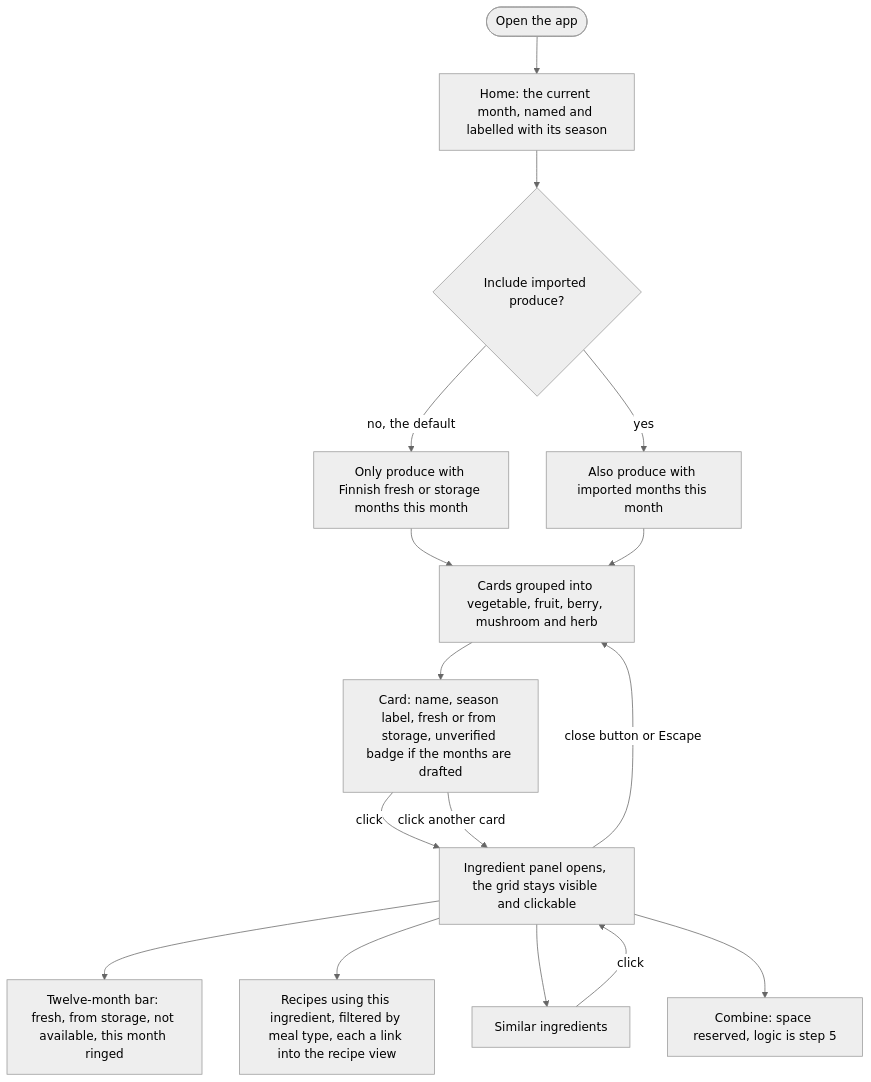
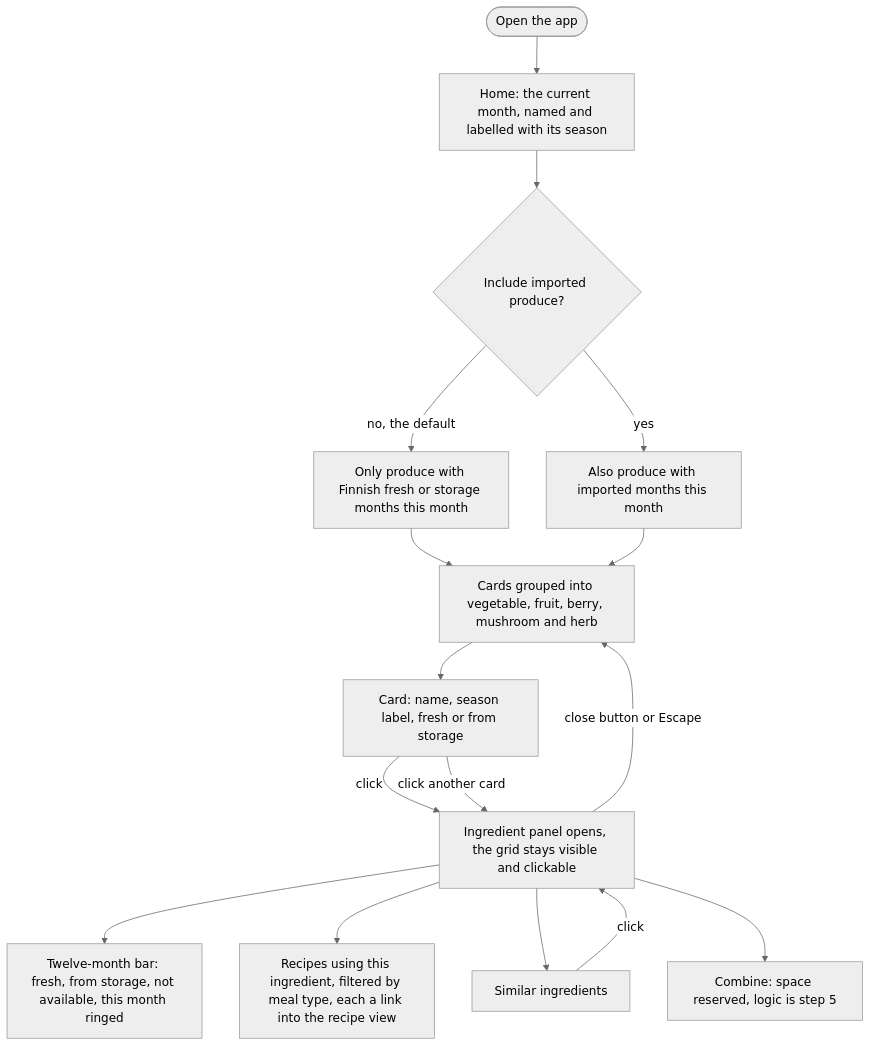
Before and after one commit to tiakangaspunta/eat-seasonal-app: the second of 6 diagrams in docs/FLOWS.md, drawn with Mermaid (neutral theme). The commit also changed 136 other files, not shown here.

````diff
--- a/docs/FLOWS.md
+++ b/docs/FLOWS.md
@@ -34,20 +34,20 @@
 ```mermaid
 flowchart TD
     open([Open the app]) --> home["Home: the current month, named and labelled with its season"]
     home --> filter{"Include imported produce?"}
     filter -->|"no, the default"| domestic["Only produce with Finnish fresh or storage months this month"]
     filter -->|"yes"| both["Also produce with imported months this month"]
     domestic --> grid["Cards grouped into vegetable, fruit, berry, mushroom and herb"]
     both --> grid
-    grid --> card["Card: name, season label, fresh or from storage, unverified badge if the months are drafted"]
+    grid --> card["Card: name, season label, fresh or from storage"]
     card -->|"click"| panel["Ingredient panel opens, the grid stays visible and clickable"]
 
     panel --> months["Twelve-month bar: fresh, from storage, not available, this month ringed"]
     panel --> recipes["Recipes using this ingredient, filtered by meal type, each a link into the recipe view"]
     panel --> similar["Similar ingredients"]
     panel --> combine["Combine: space reserved, logic is step 5"]
 
     similar -->|"click"| panel
     card -->|"click another card"| panel
     panel -->|"close button or Escape"| grid
 ```
````
